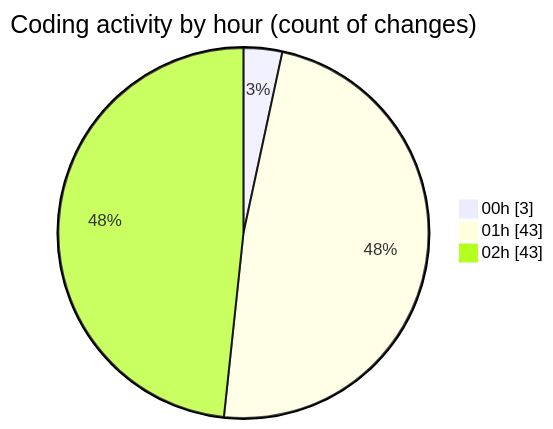
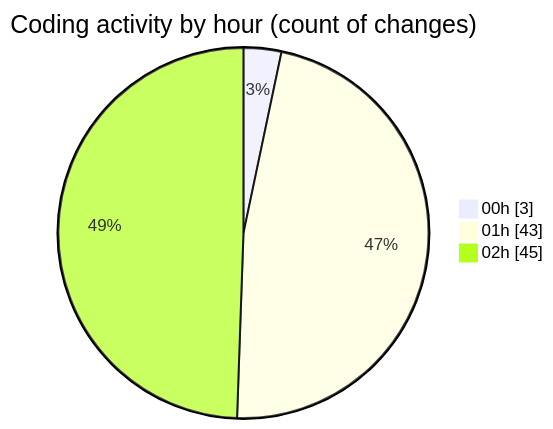
Before and after one commit to mevix1/code-tracking: the second of 2 diagrams in 2025-10-02/oura-api/README.md, drawn with Mermaid. The commit also changed other lines of this file and 1 other file, not shown here.

````diff
--- a/2025-10-02/oura-api/README.md
+++ b/2025-10-02/oura-api/README.md
@@ -94,7 +95,7 @@
 ```mermaid
 pie showData
 title Coding activity by hour (count of changes)
 "00h" : 3
 "01h" : 43
-"02h" : 43
+"02h" : 45
 ```
````
